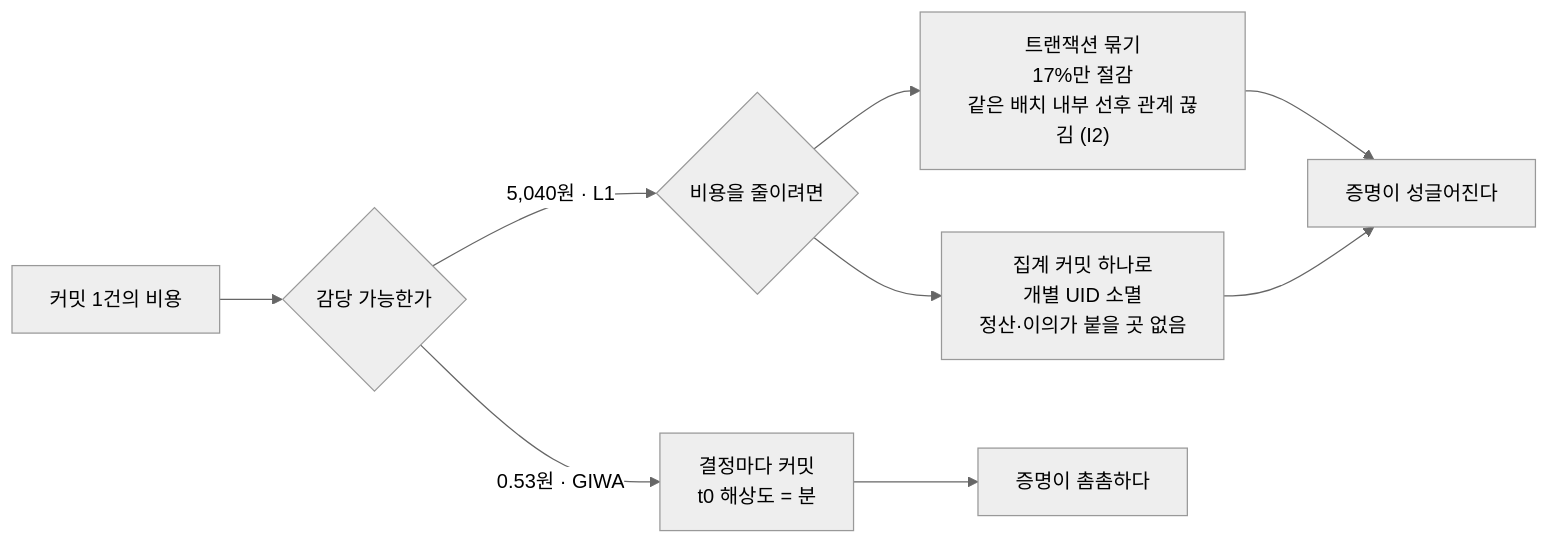
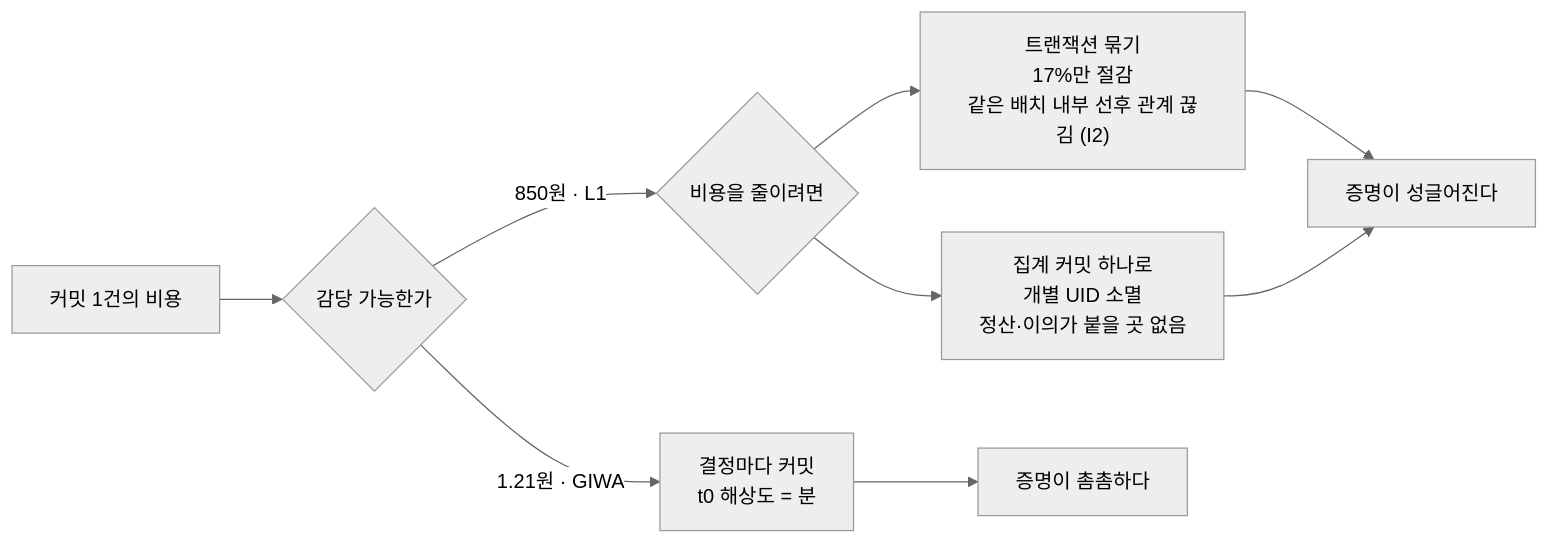
The diagram in gitbook/giwa/cost.md (Bo621/POI), drawn with Mermaid (neutral theme) before and after one commit. The commit also changed other lines of this file and 12 other files, not shown here.

````diff
--- a/gitbook/giwa/cost.md
+++ b/gitbook/giwa/cost.md
@@ -20,11 +26,11 @@
 ```mermaid
 flowchart LR
     C["커밋 1건의 비용"] --> D{"감당 가능한가"}
-    D -->|"0.53원 · GIWA"| E["결정마다 커밋<br/>t0 해상도 = 분"]
-    D -->|"5,040원 · L1"| F{"비용을 줄이려면"}
+    D -->|"1.21원 · GIWA"| E["결정마다 커밋<br/>t0 해상도 = 분"]
+    D -->|"850원 · L1"| F{"비용을 줄이려면"}
     F --> G["트랜잭션 묶기<br/>17%만 절감<br/>같은 배치 내부 선후 관계 끊김 (I2)"]
     F --> H["집계 커밋 하나로<br/>개별 UID 소멸<br/>정산·이의가 붙을 곳 없음"]
     E --> I["증명이 촘촘하다"]
     G --> J["증명이 성글어진다"]
     H --> J
 ```
````
